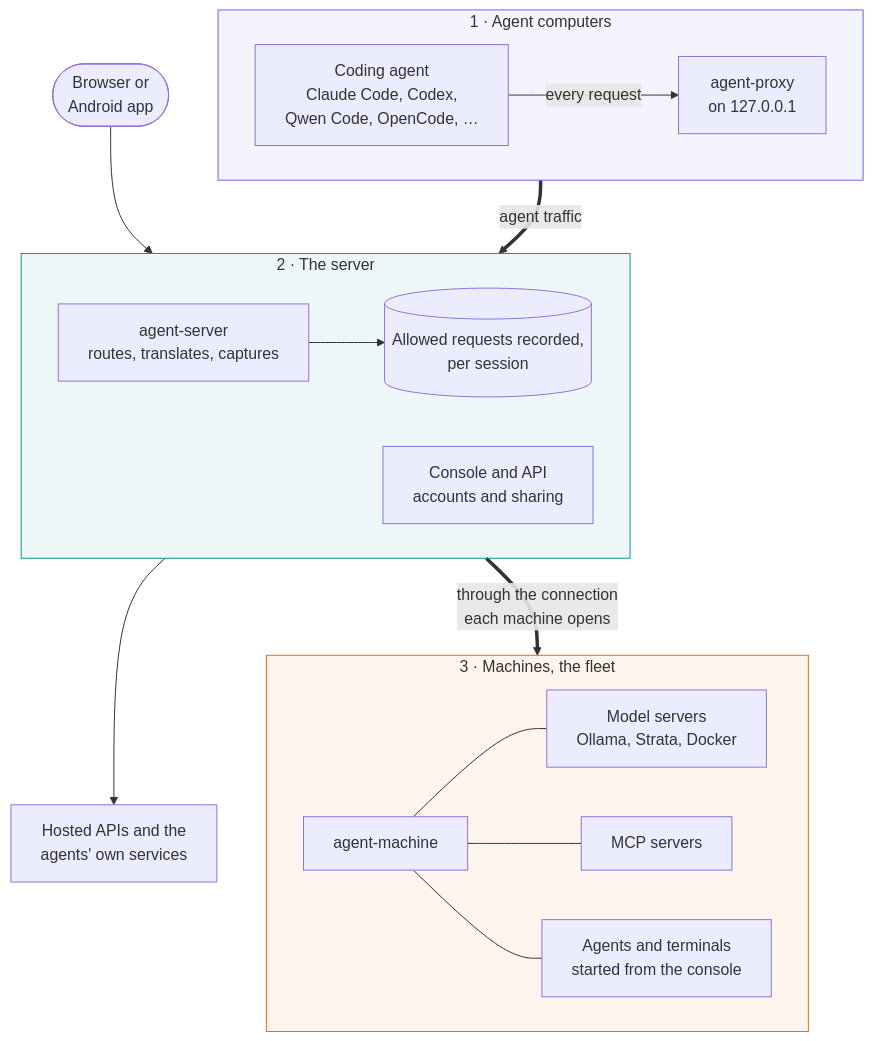
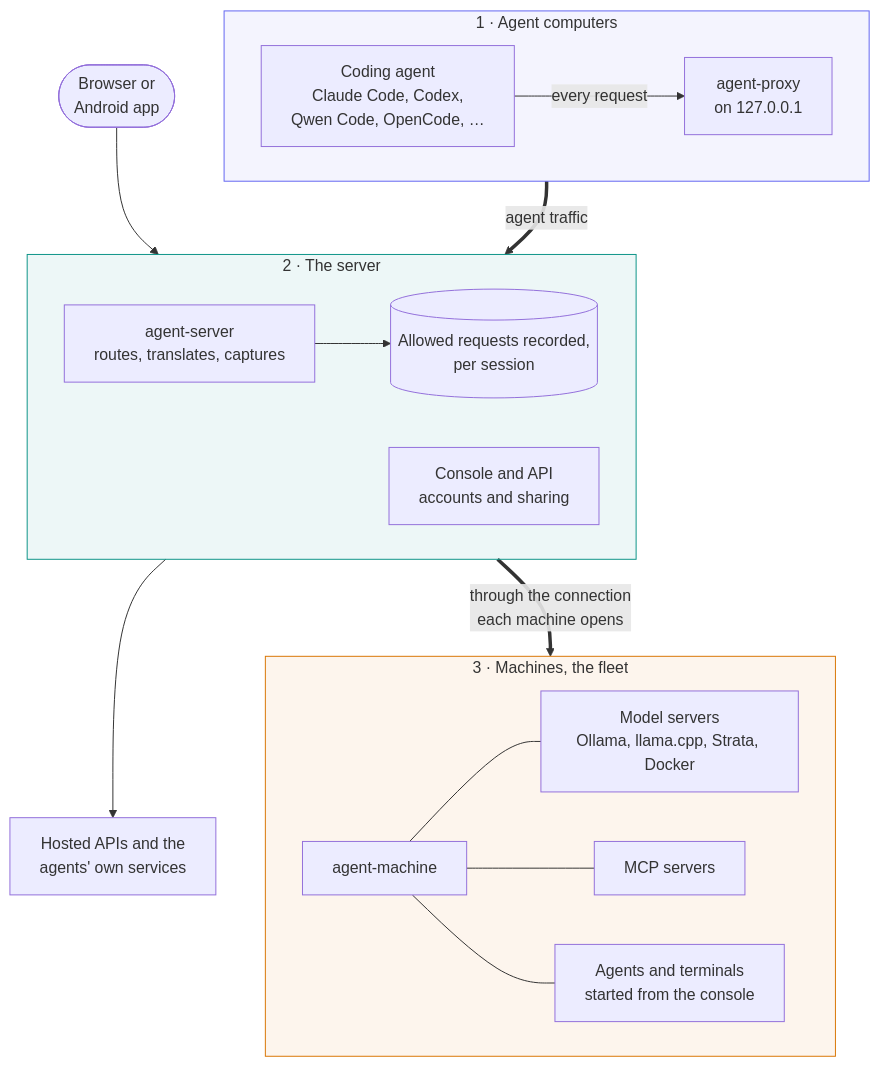
The diagram in docs/index.md (joeyenfield/ai-coding-agent-proxy), drawn with Mermaid before and after one commit. The commit also changed other lines of this file and 63 other files, not shown here.

Commit message:
llama.cpp as a provider: agent-machine installs (Termux packages or a SHA-256-checked GitHub build), configures and runs llama-server in router mode, downloads Hugging Face models through it, and runs it in containers; agents' traffic passes through

````diff
--- a/docs/index.md
+++ b/docs/index.md
@@ -11,31 +11,31 @@
 ```mermaid
 flowchart TB
   subgraph AGENTS["1 · Agent computers"]
     direction LR
     agent["Coding agent<br/>Claude Code, Codex,<br/>Qwen Code, OpenCode, …"]
     proxy["agent-proxy<br/>on 127.0.0.1"]
     agent -- "every request" --> proxy
   end
   subgraph SERVER["2 · The server"]
     direction LR
     route["agent-server<br/>routes, translates, captures"]
     record[("Allowed requests recorded,<br/>per session")]
     console["Console and API<br/>accounts and sharing"]
     route --> record
   end
   subgraph MACHINES["3 · Machines, the fleet"]
     direction LR
     am["agent-machine"]
-    models["Model servers<br/>Ollama, Strata, Docker"]
+    models["Model servers<br/>Ollama, llama.cpp, Strata, Docker"]
     mcp["MCP servers"]
     shell["Agents and terminals<br/>started from the console"]
     am --- models & mcp & shell
   end
   proxy == "agent traffic" ==> route
   route == "through the connection<br/>each machine opens" ==> am
   route --> outside["Hosted APIs and the<br/>agents' own services"]
   people(["Browser or<br/>Android app"]) --> console
   style AGENTS fill:#6366f112,stroke:#6366f1
   style SERVER fill:#0d948812,stroke:#0d9488
   style MACHINES fill:#d9770612,stroke:#d97706
 ```
````
